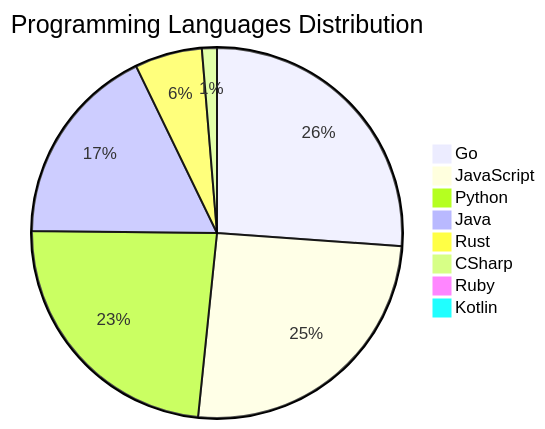
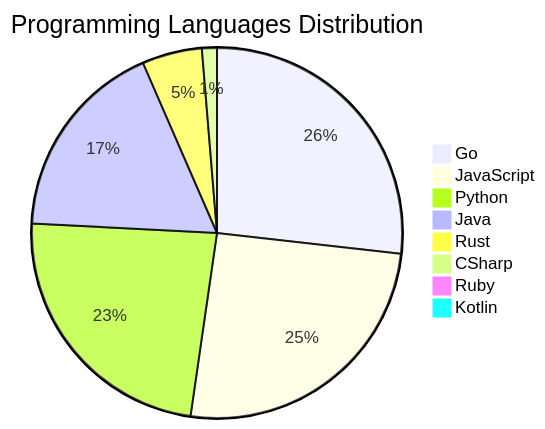
The diagram in README.md (Derrick-MUGISHA/github-activity-bot), drawn with Mermaid before and after one commit. The commit also changed other lines of this file and 4 other files, not shown here.

````diff
--- a/README.md
+++ b/README.md
@@ -209,11 +209,11 @@
 ```mermaid
 pie title Programming Languages Distribution
-    "Go" : 40
+    "Go" : 41
     "JavaScript" : 39
     "Python" : 36
     "Java" : 27
-    "Rust" : 9
+    "Rust" : 8
     "CSharp" : 2
     "Ruby" : 1
     "Kotlin" : 1
 ```
````
